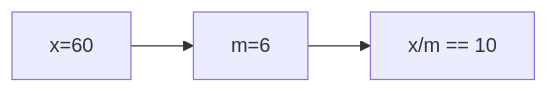
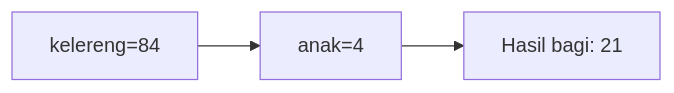
The ninth of 25 diagrams in part-c-pemahaman-cpp/01-tipe-data/latihan/set-06.md (amnahwaida/OSNK_INF_PREP), drawn with Mermaid before and after one commit. The commit also changed other lines of this file and 71 other files, not shown here.

````diff
--- a/part-c-pemahaman-cpp/01-tipe-data/latihan/set-06.md
+++ b/part-c-pemahaman-cpp/01-tipe-data/latihan/set-06.md
@@ -212,5 +251,5 @@
 ```mermaid
 graph LR
-A["x=60"] --> B["m=6"]
-B --> C["x/m == 10"]
+A["kelereng=84"] --> B["anak=4"]
+B --> C["Hasil bagi: 21"]
 ```
````
